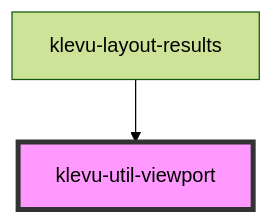
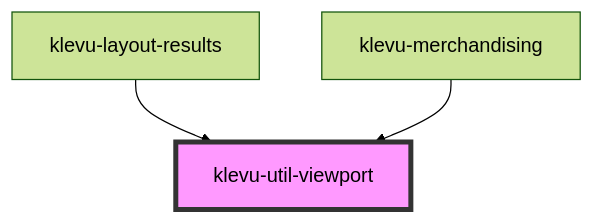
One commit to klevultd/frontend-sdk changed the diagram in packages/klevu-ui/src/components/klevu-util-viewport/readme.md. Above: the diagram before and after it, drawn with Mermaid (forest theme). The commit also changed other lines of this file and 25 other files, not shown here.

````diff
--- a/packages/klevu-ui/src/components/klevu-util-viewport/readme.md
+++ b/packages/klevu-ui/src/components/klevu-util-viewport/readme.md
@@ -42,5 +43,6 @@
 ```mermaid
 graph TD;
   klevu-layout-results --> klevu-util-viewport
+  klevu-merchandising --> klevu-util-viewport
   style klevu-util-viewport fill:#f9f,stroke:#333,stroke-width:4px
 ```
````
